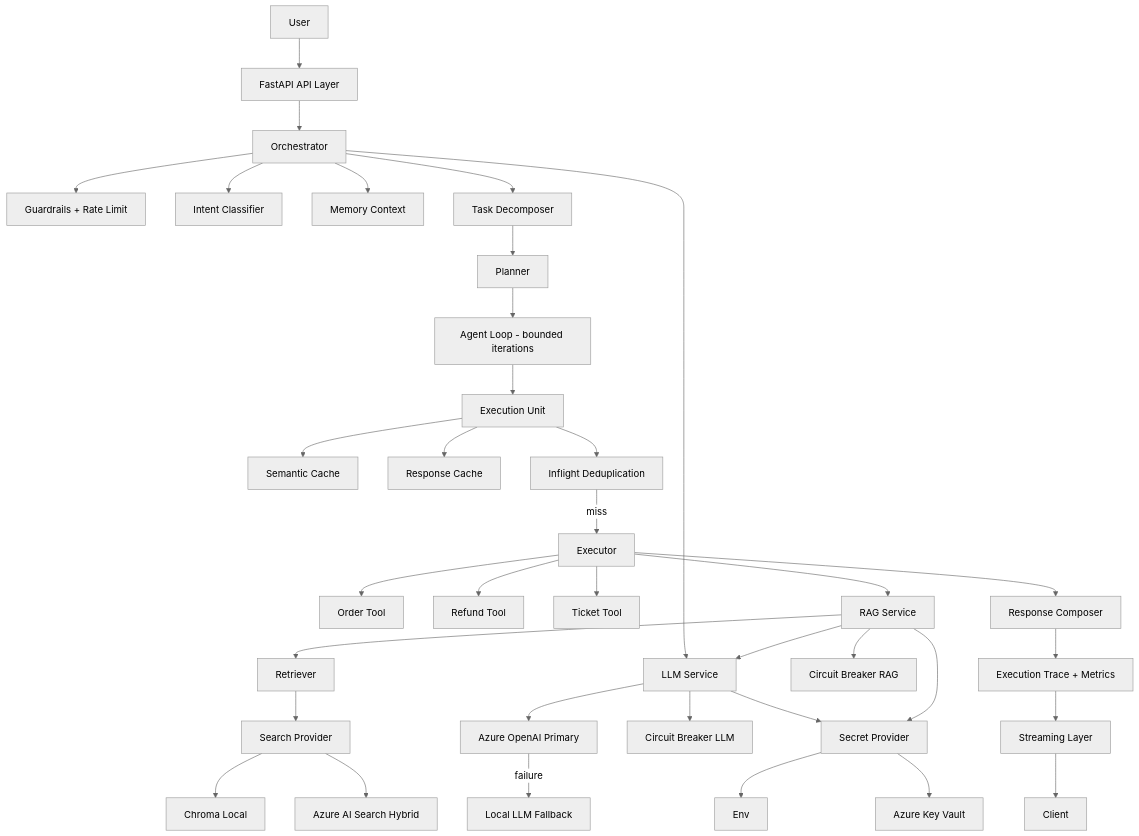
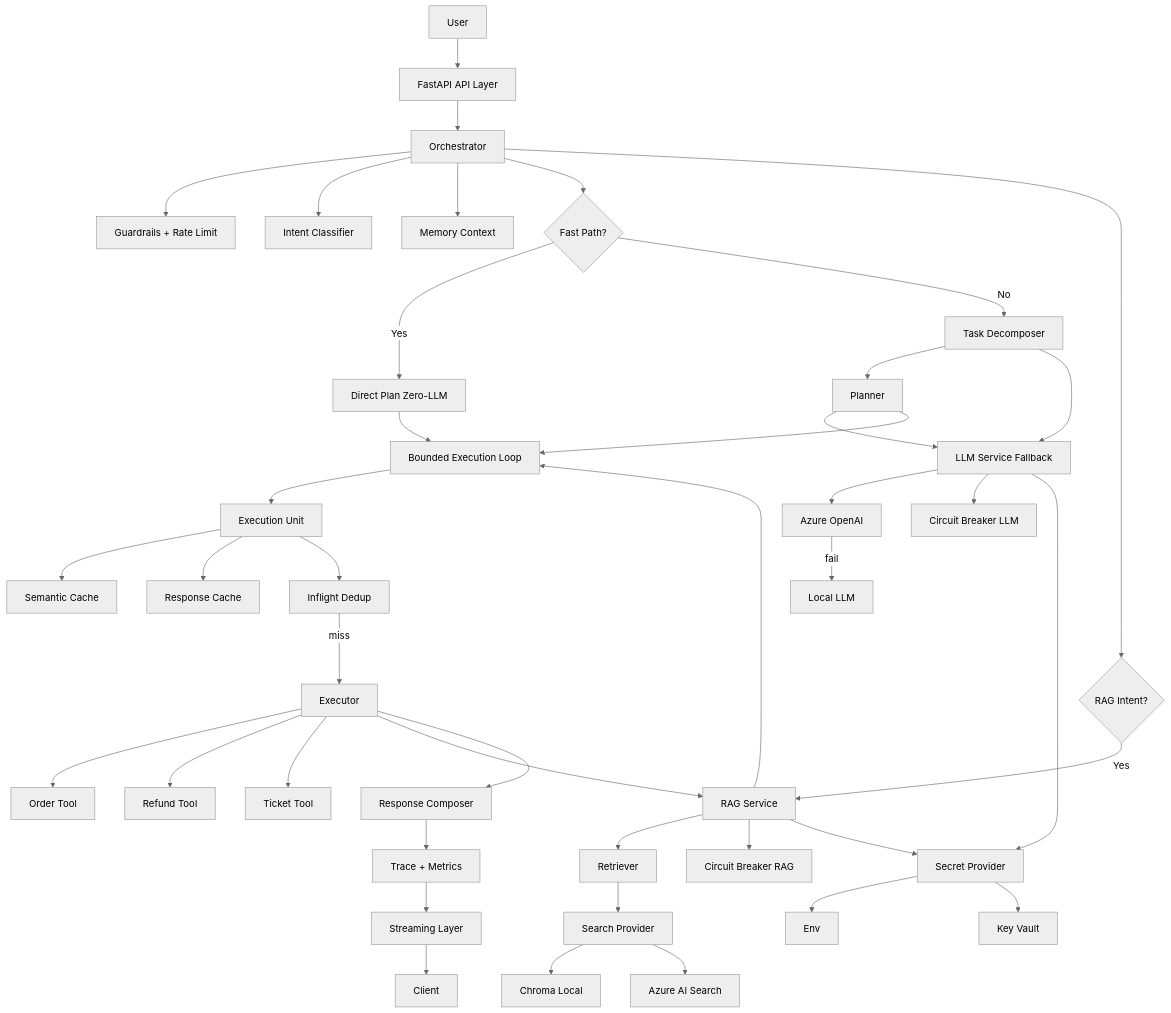
Before and after one commit to areddy1805/ai-customer-copilot: the diagram in readme.md, drawn with Mermaid (neutral theme). The commit also changed other lines of this file and 5 other files, not shown here.

Commit message:
feat: enhance evaluation and orchestrator systems with cache metrics, improved failure handling, and updated documentation

````diff
--- a/readme.md
+++ b/readme.md
@@ -244,65 +305,77 @@
 ```mermaid
 flowchart TD
 
 A[User] --> B[FastAPI API Layer]
 B --> C[Orchestrator]
 
-%% -------- CONTROL LAYER --------
+%% CONTROL LAYER
 C --> D[Guardrails + Rate Limit]
 C --> E[Intent Classifier]
 C --> F[Memory Context]
 
-%% -------- PLANNING --------
-C --> G[Task Decomposer]
+%% ROUTING
+C --> FP{Fast Path?}
+
+%% FAST PATH
+FP -->|Yes| DP[Direct Plan Zero-LLM]
+
+%% LLM PATH
+FP -->|No| G[Task Decomposer]
 G --> H[Planner]
+G --> LLM[LLM Service Fallback]
+H --> LLM
 
-%% -------- AGENT LOOP --------
-H --> L[Agent Loop - bounded iterations]
+%% RAG BYPASS
+C --> RAG_ROUTE{RAG Intent?}
+RAG_ROUTE -->|Yes| RAG[RAG Service]
 
-%% -------- EXECUTION UNIT --------
+%% EXECUTION LOOP
+DP --> L[Bounded Execution Loop]
+H --> L
+RAG --> L
+
+%% EXECUTION UNIT
 L --> X[Execution Unit]
 
+%% CACHING
 X --> C1[Semantic Cache]
 X --> C2[Response Cache]
-X --> C3[Inflight Deduplication]
+X --> C3[Inflight Dedup]
 
 C3 -->|miss| E1[Executor]
 
-%% -------- TOOL-FIRST EXECUTION --------
+%% TOOLS
 E1 --> T1[Order Tool]
 E1 --> T2[Refund Tool]
 E1 --> T3[Ticket Tool]
 
-%% -------- RAG --------
-E1 --> RAG[RAG Service]
+%% RAG INTERNAL
+E1 --> RAG
 RAG --> R1[Retriever]
 R1 --> R2[Search Provider]
 
 R2 --> R3[Chroma Local]
-R2 --> R4[Azure AI Search Hybrid]
+R2 --> R4[Azure AI Search]
 
-%% -------- LLM --------
-C --> LLM[LLM Service]
-RAG --> LLM
+%% LLM PROVIDERS
+LLM --> L1[Azure OpenAI]
+L1 -->|fail| L2[Local LLM]
 
-LLM --> L1[Azure OpenAI Primary]
-L1 -->|failure| L2[Local LLM Fallback]
-
-%% -------- RESILIENCE --------
+%% RESILIENCE
 LLM --> CB1[Circuit Breaker LLM]
 RAG --> CB2[Circuit Breaker RAG]
 
-%% -------- RESPONSE --------
+%% RESPONSE
 E1 --> RC[Response Composer]
-RC --> TRACE[Execution Trace + Metrics]
+RC --> TRACE[Trace + Metrics]
 
 TRACE --> O[Streaming Layer]
 O --> P[Client]
 
-%% -------- SECRETS --------
+%% SECRETS
 LLM --> S[Secret Provider]
 RAG --> S
 
 S --> S1[Env]
-S --> S2[Azure Key Vault]
+S --> S2[Key Vault]
 ```
````
